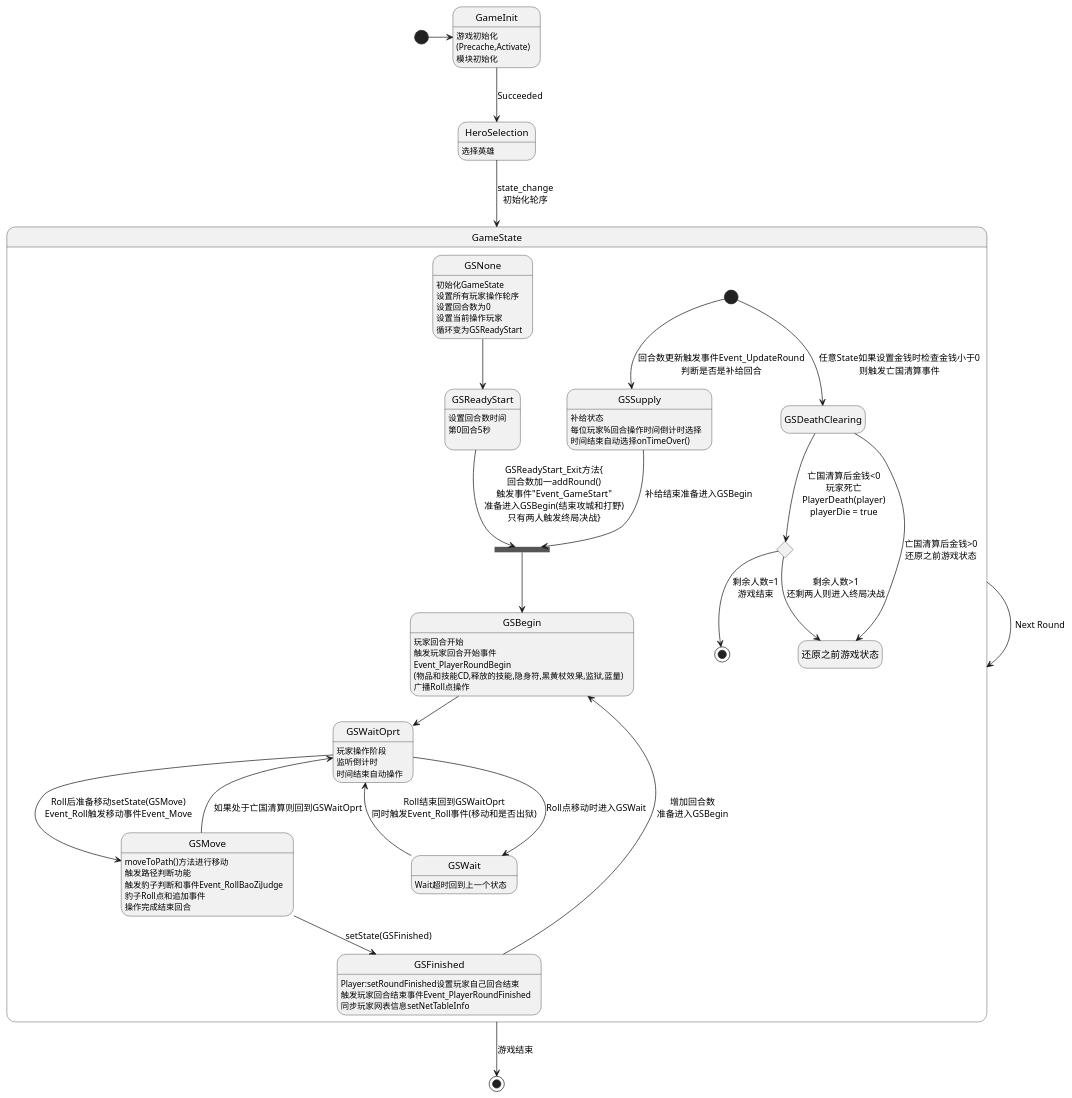
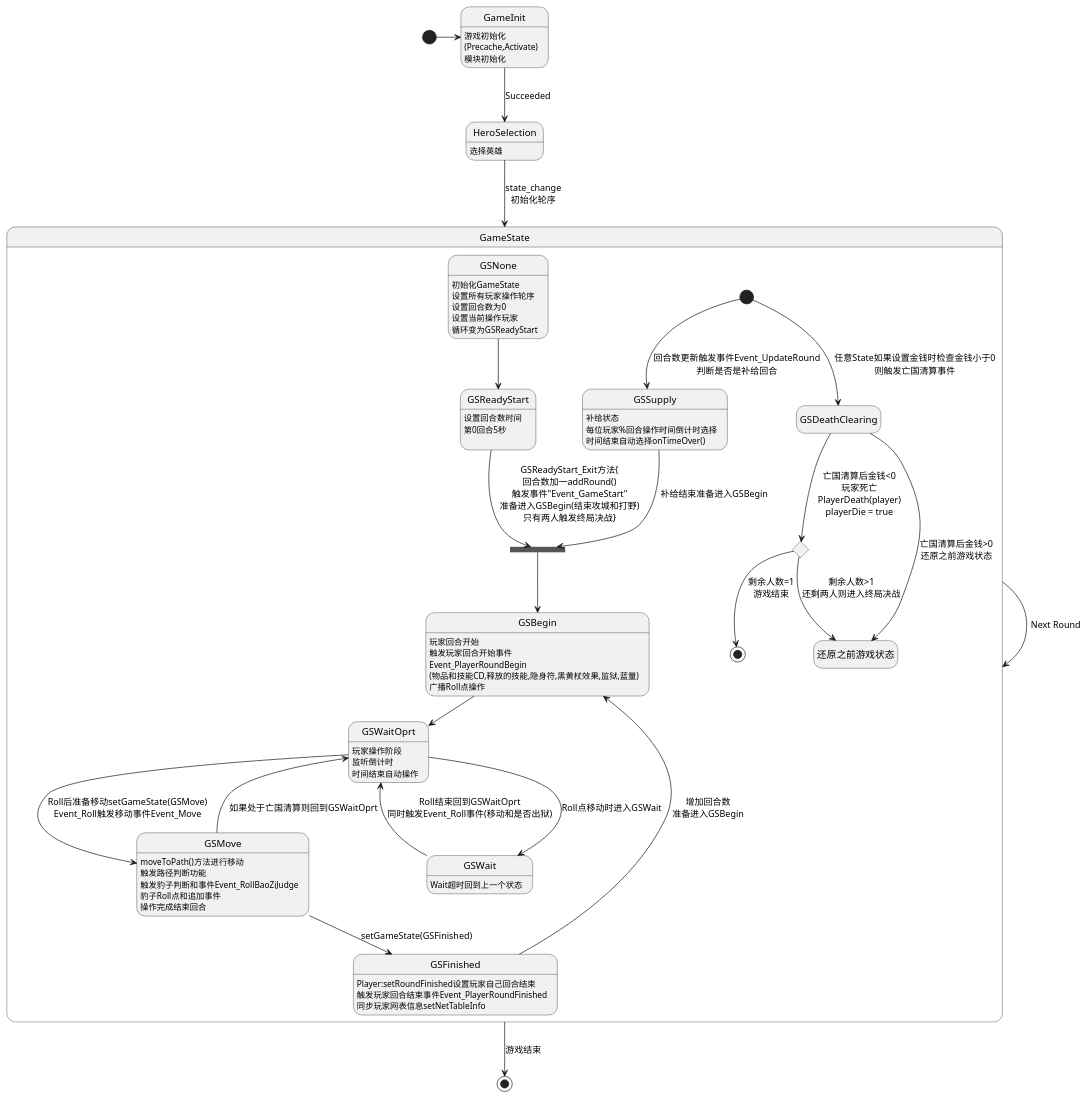
One commit to york99alex/dafuwengx changed the diagram in game/scripts/GameLoop.pu. Above: the diagram before and after it, drawn with PlantUML. The commit also changed 20 other files, not shown here.

```diff
--- a/game/scripts/GameLoop.pu
+++ b/game/scripts/GameLoop.pu
@@ -1,53 +1,53 @@
 @startuml GameLoop
 hide empty description
 ' GameLoop:游戏循环 @game\scripts\src\utils\xstate
 ' 状态机参数:{id, initial, states} 
 ' states:{
 '   状态名: { on:{change:"下一个状态"}, 
 '             entry: "进入状态执行方法名",
 '             exit: "退出状态执行方法名"
 ' }
 '
 ' alt + d 预览
 
 
 [*] -> GameInit
 GameInit --> HeroSelection : Succeeded
 GameInit : 游戏初始化
 GameInit : (Precache,Activate)
 GameInit : 模块初始化
 HeroSelection --> GameState : state_change\n初始化轮序
 HeroSelection : 选择英雄
 state GameState {
     GSNone : 初始化GameState\n设置所有玩家操作轮序\n设置回合数为0\n设置当前操作玩家\n循环变为GSReadyStart
     GSNone --> GSReadyStart
     GSReadyStart : 设置回合数时间\n第0回合5秒\n
     state ReadyStartTOBegin <<join>>
     GSReadyStart --> ReadyStartTOBegin :GSReadyStart_Exit方法{\n回合数加一addRound()\n触发事件"Event_GameStart"\n准备进入GSBegin(结束攻城和打野)\n只有两人触发终局决战}
     ReadyStartTOBegin --> GSBegin
     GSBegin : 玩家回合开始\n触发玩家回合开始事件\nEvent_PlayerRoundBegin\n(物品和技能CD,释放的技能,隐身符,黑黄杖效果,监狱,蓝量)\n广播Roll点操作
     GSBegin --> GSWaitOprt
     GSWaitOprt : 玩家操作阶段\n监听倒计时\n时间结束自动操作
     GSWaitOprt --> GSWait : Roll点移动时进入GSWait
     GSWait --> GSWaitOprt : Roll结束回到GSWaitOprt\n同时触发Event_Roll事件(移动和是否出狱)
     GSWait : Wait超时回到上一个状态
-    GSWaitOprt --> GSMove : Roll后准备移动setState(GSMove)\nEvent_Roll触发移动事件Event_Move
+    GSWaitOprt --> GSMove : Roll后准备移动setGameState(GSMove)\nEvent_Roll触发移动事件Event_Move
     GSMove --> GSWaitOprt : 如果处于亡国清算则回到GSWaitOprt
     GSMove : moveToPath()方法进行移动\n触发路径判断功能\n触发豹子判断和事件Event_RollBaoZiJudge\n豹子Roll点和追加事件\n操作完成结束回合
-    GSMove --> GSFinished : setState(GSFinished)
+    GSMove --> GSFinished : setGameState(GSFinished)
     GSFinished : Player:setRoundFinished设置玩家自己回合结束\n触发玩家回合结束事件Event_PlayerRoundFinished\n同步玩家网表信息setNetTableInfo
     GSFinished --> GSBegin : 增加回合数\n准备进入GSBegin
     [*] --> GSDeathClearing : 任意State如果设置金钱时检查金钱小于0\n则触发亡国清算事件
     state 玩家死亡 <<choice>>
     GSDeathClearing --> 还原之前游戏状态 : 亡国清算后金钱>0\n还原之前游戏状态
     GSDeathClearing --> 玩家死亡 : 亡国清算后金钱<0\n玩家死亡\nPlayerDeath(player)\nplayerDie = true
     玩家死亡 --> 还原之前游戏状态 : 剩余人数>1\n还剩两人则进入终局决战
     玩家死亡 --> [*] : 剩余人数=1\n游戏结束
     [*] --> GSSupply : 回合数更新触发事件Event_UpdateRound\n判断是否是补给回合
     GSSupply  --> ReadyStartTOBegin : 补给结束准备进入GSBegin
     GSSupply : 补给状态\n每位玩家%回合操作时间倒计时选择\n时间结束自动选择onTimeOver()
 }
 GameState --> GameState : Next Round
 GameState --> [*] : 游戏结束
 
 @enduml
```
